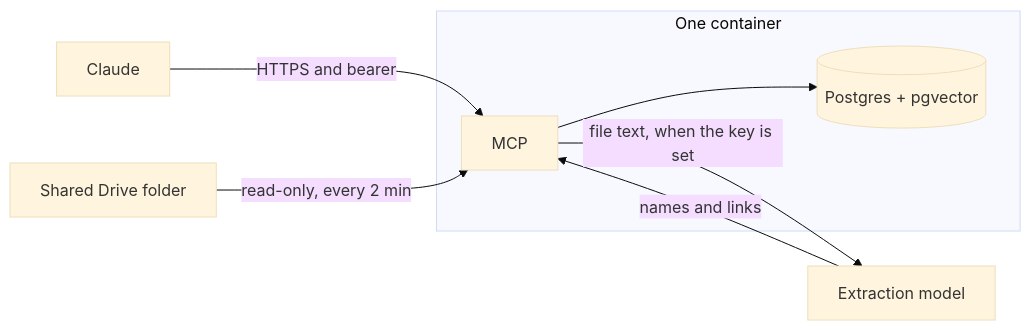
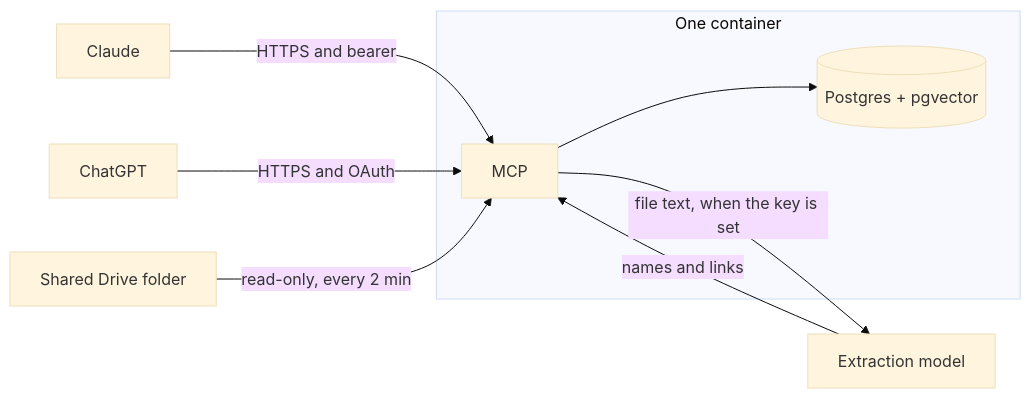
One commit to meteordefect/memory-system changed the first of 2 diagrams in README.md. Above: the diagram before and after it, drawn with Mermaid (base theme). The commit also changed other lines of this file and 10 other files, not shown here.

First line of the commit message:
Give Claude and ChatGPT the same sign-in on this service.

````diff
--- a/README.md
+++ b/README.md
@@ -13,17 +13,19 @@
 ```mermaid
 flowchart LR
   Claude["Claude"]
+  ChatGPT["ChatGPT"]
   Drive["Shared Drive folder"]
   Model["Extraction model"]
 
   subgraph box ["One container"]
     MCP["MCP"]
     DB[("Postgres + pgvector")]
     MCP --> DB
   end
 
   Claude -->|"HTTPS and bearer"| MCP
+  ChatGPT -->|"HTTPS and OAuth"| MCP
   Drive -->|"read-only, every 2 min"| MCP
   MCP -->|"file text, when the key is set"| Model
   Model -->|"names and links"| MCP
 ```
````
